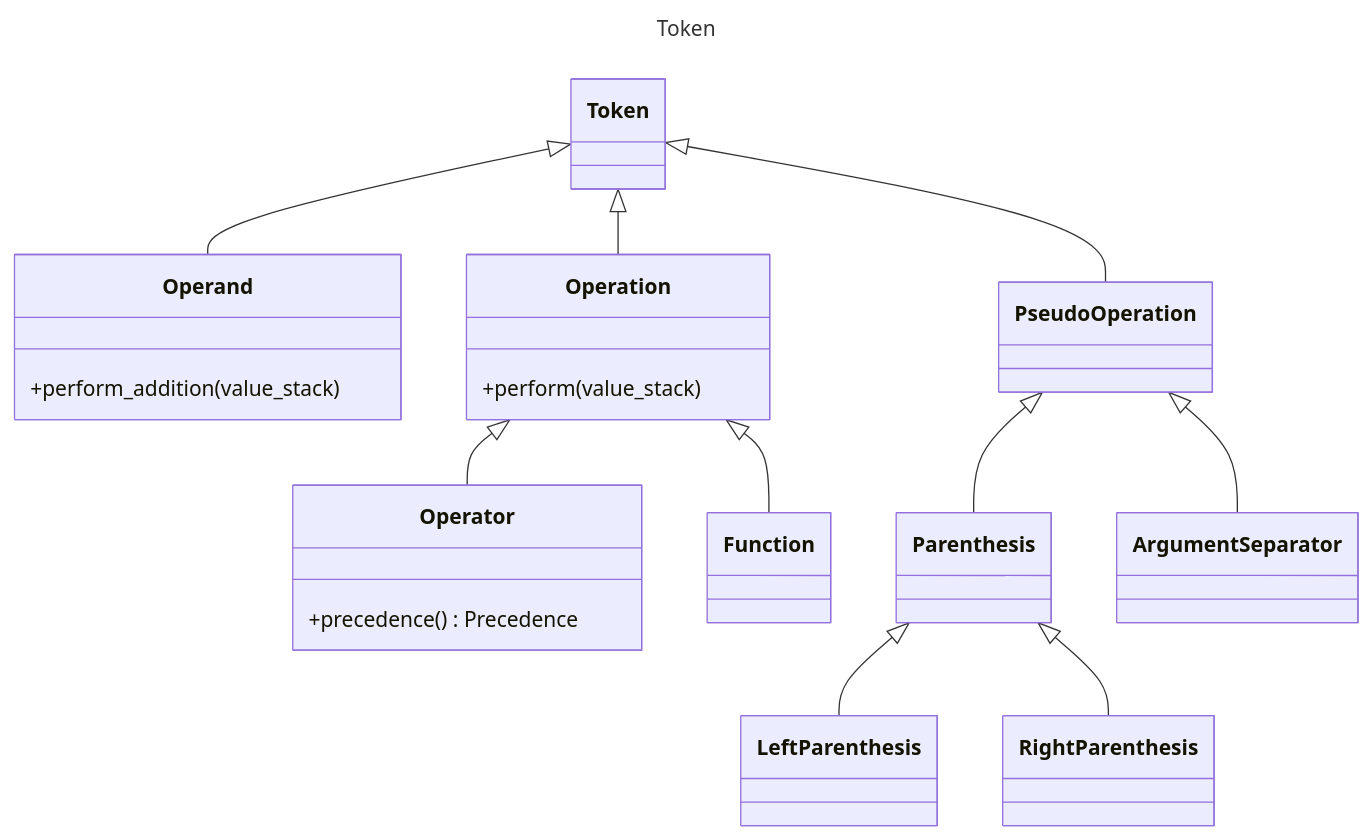
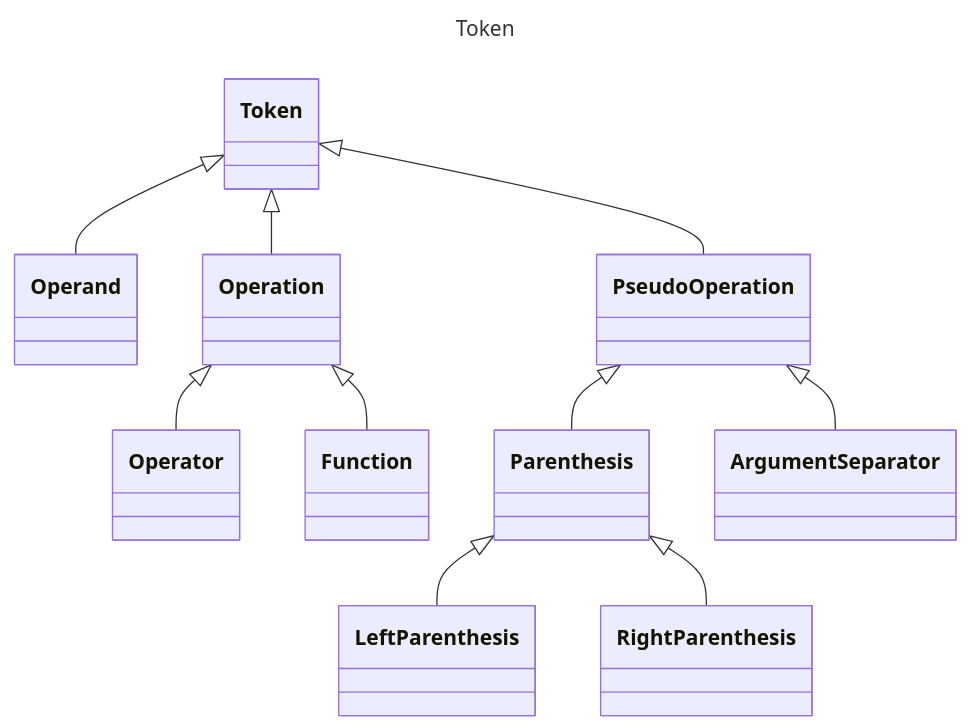
One commit to khangvum/exprevaluator changed the diagram in !docs/Token.md. Above: the diagram before and after it, drawn with Mermaid. The commit also changed 9 other files, not shown here.

````diff
--- a/!docs/Token.md
+++ b/!docs/Token.md
@@ -1,41 +1,30 @@
 ```mermaid
 ---
 title: Token
 ---
 classDiagram
     class Token
 
-    class Operand {
-        +perform_addition(value_stack)
-    }
-
-    class Operation {
-        +perform(value_stack)
-    }
-
+    class Operand
+    class Operation
     class PseudoOperation
 
-    class Operator {
-        +precedence() Precedence
-    }
-
+    class Operator
     class Function
 
     class Parenthesis
-
     class ArgumentSeparator
 
     class LeftParenthesis
-
     class RightParenthesis
 
     Token <|-- Operand
     Token <|-- Operation
     Token <|-- PseudoOperation
     PseudoOperation <|-- Parenthesis
     PseudoOperation <|-- ArgumentSeparator
     Parenthesis <|-- LeftParenthesis
     Parenthesis <|-- RightParenthesis
     Operation <|-- Operator
     Operation <|-- Function
 ```
````
